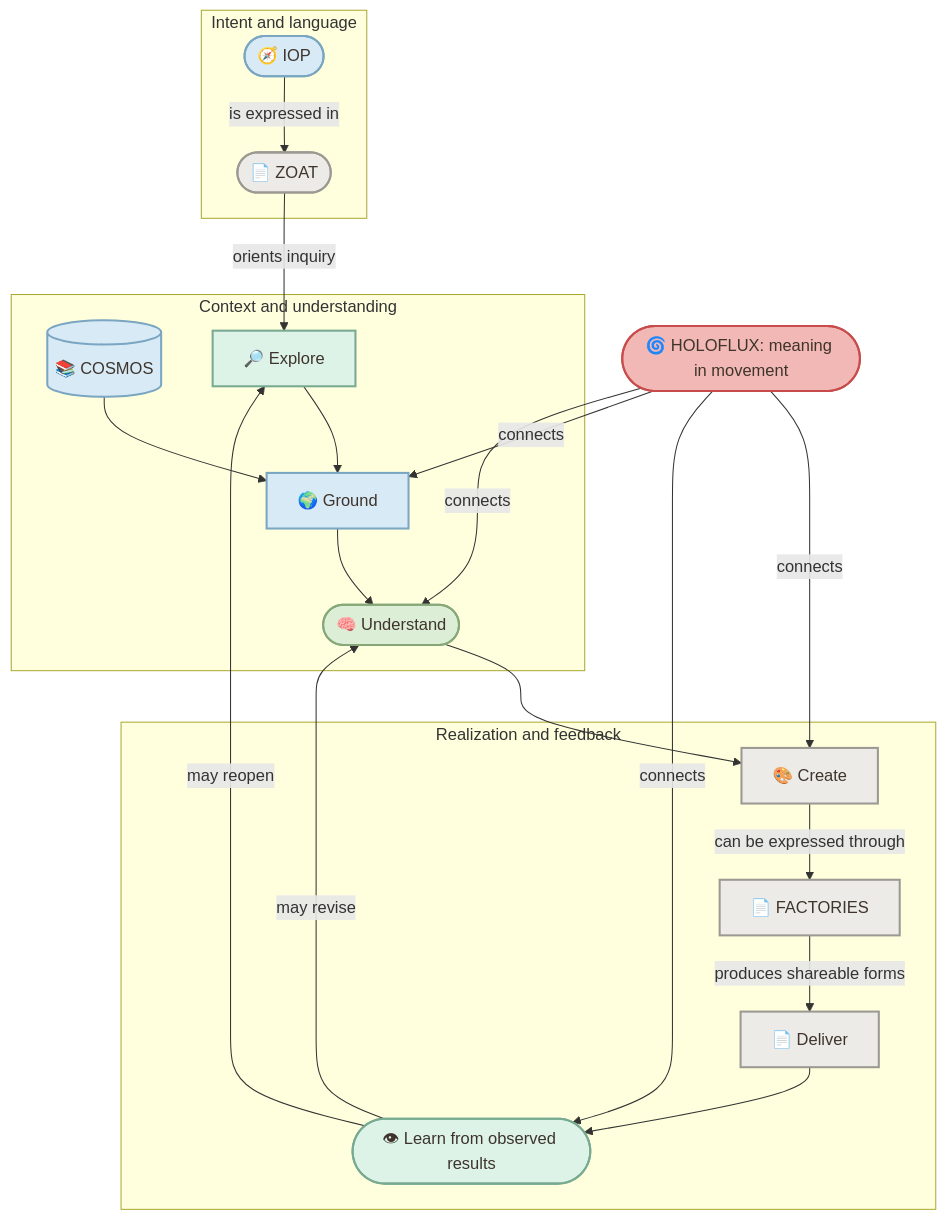
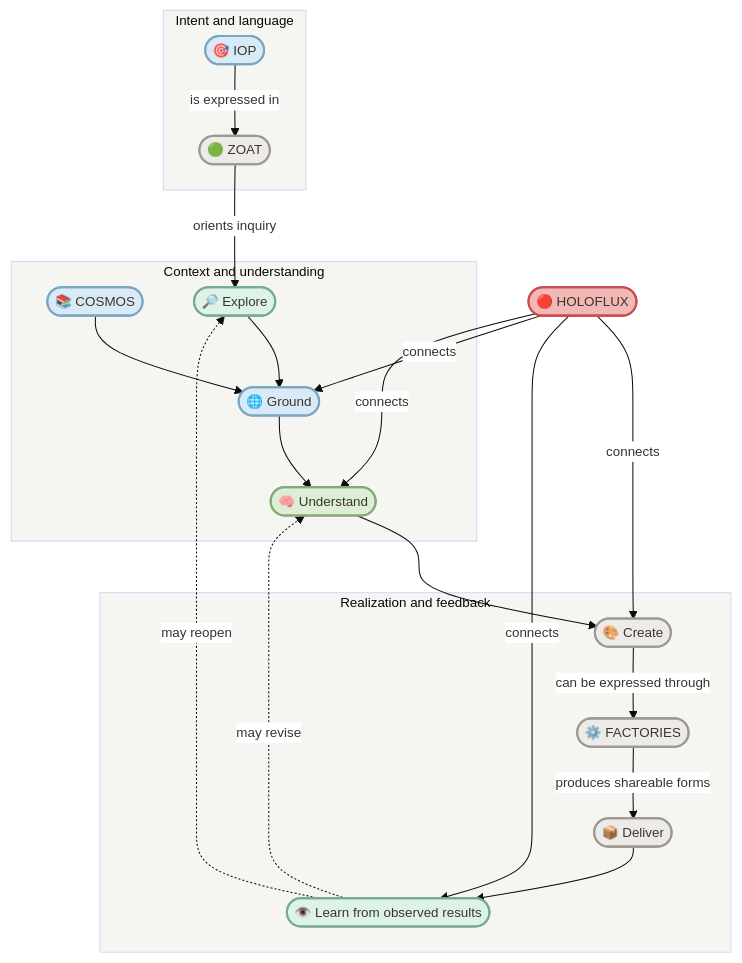
One commit to enogrob/project-holoflux changed the second of 2 diagrams in README.md. Above: the diagram before and after it, drawn with Mermaid. The commit also changed other lines of this file, not shown here.

Commit message:
update-readme

````diff
--- a/README.md
+++ b/README.md
@@ -86,41 +87,42 @@
 ```mermaid
+%%{init: {"theme": "base", "themeVariables": {"fontSize": "13px", "clusterBkg": "#F5F5F2", "edgeLabelBackground": "#FFFFFF"}, "flowchart": {"wrappingWidth": 200, "minNodeWidth": 0, "padding": 8}}}%%
 flowchart TD
     subgraph Orientation["Intent and language"]
-      I([🧭 IOP]):::context
-      Z([📄 ZOAT]):::projection
+      I([🎯 IOP]):::context
+      Z([🟢 ZOAT]):::projection
     end
     subgraph Inquiry["Context and understanding"]
-      K[(📚 COSMOS)]:::context
-      E[🔎 Explore]:::observation
-      G[🌍 Ground]:::context
+      K([📚 COSMOS]):::context
+      E([🔎 Explore]):::observation
+      G([🌐 Ground]):::context
       U([🧠 Understand]):::understanding
     end
     subgraph Expression["Realization and feedback"]
-      C[🎨 Create]:::projection
-      F[📄 FACTORIES]:::projection
-      D[📄 Deliver]:::projection
-      L([👁 Learn from observed results]):::observation
+      C([🎨 Create]):::projection
+      F([⚙️ FACTORIES]):::projection
+      D([📦 Deliver]):::projection
+      L([👁️ Learn from observed results]):::observation
     end
-    H([🌀 HOLOFLUX: meaning in movement]):::holoflux
+    H([🔴 HOLOFLUX]):::holoflux
     I -->|is expressed in| Z
     Z -->|orients inquiry| E
     K --> G
     E --> G
     G --> U
     U --> C
     C -->|can be expressed through| F
     F -->|produces shareable forms| D
     D --> L
-    L -->|may reopen| E
-    L -->|may revise| U
+    L -. may reopen .-> E
+    L -. may revise .-> U
     H -->|connects| G
     H -->|connects| U
     H -->|connects| C
     H -->|connects| L
 
     classDef context fill:#D9EAF7,stroke:#7AA6C2,color:#3E342C,stroke-width:2px;
     classDef understanding fill:#DCEFD6,stroke:#86A878,color:#3E342C,stroke-width:2px;
     classDef holoflux fill:#F2B8B5,stroke:#C94C4C,color:#3E342C,stroke-width:2px;
     classDef projection fill:#ECEBE8,stroke:#9C9992,color:#3E342C,stroke-width:2px;
     classDef observation fill:#DDF3E8,stroke:#78AA91,color:#3E342C,stroke-width:2px;
 ```
````
